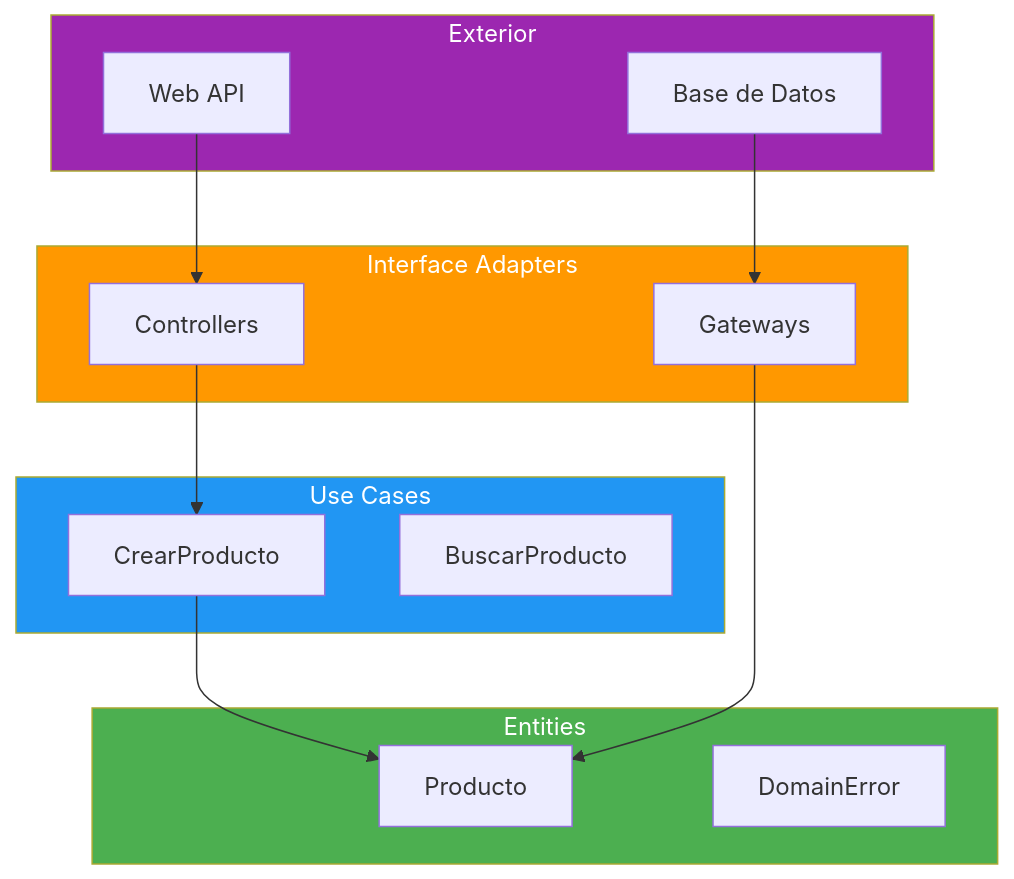
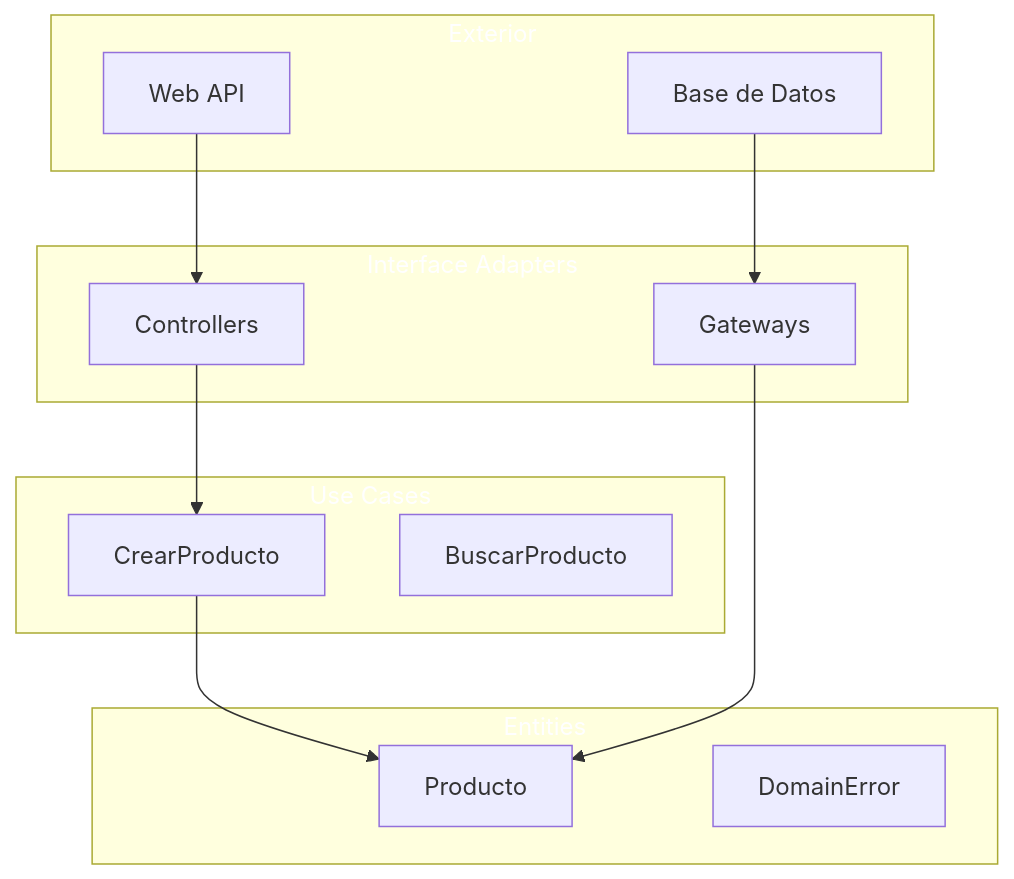
One commit to joseluisgs/DesarrolloWebEntornosServidor-02-2026-2027 changed the third of 6 diagrams in 11-clean-architecture.md. Above: the diagram before and after it, drawn with Mermaid. The commit also changed other lines of this file and 41 other files, not shown here.

````diff
--- a/11-clean-architecture.md
+++ b/11-clean-architecture.md
@@ -244,33 +244,33 @@
 ```mermaid
 flowchart TB
     subgraph EXTERIOR["Exterior"]
         WEB["Web API"]
         DB["Base de Datos"]
     end
 
     subgraph ADAPTERS["Interface Adapters"]
         CTRL["Controllers"]
         GW["Gateways"]
     end
 
     subgraph USECASES["Use Cases"]
         UC1["CrearProducto"]
         UC2["BuscarProducto"]
     end
 
     subgraph ENTITIES["Entities"]
         ENT1["Producto"]
         ENT2["DomainError"]
     end
 
     WEB --> CTRL
     CTRL --> UC1
     UC1 --> ENT1
     GW --> ENT1
     DB --> GW
 
-    style ENTITIES fill:#4CAF50,color:#fff
-    style USECASES fill:#2196F3,color:#fff
-    style ADAPTERS fill:#FF9800,color:#fff
-    style EXTERIOR fill:#9C27B0,color:#fff
+    style ENTITIES fill:#4CAF5,color:#fff0,color:#fff
+    style USECASES fill:#2196F,color:#fff3,color:#fff
+    style ADAPTERS fill:#FF980,color:#fff0,color:#fff
+    style EXTERIOR fill:#9C27B,color:#fff0,color:#fff
 ```
````
